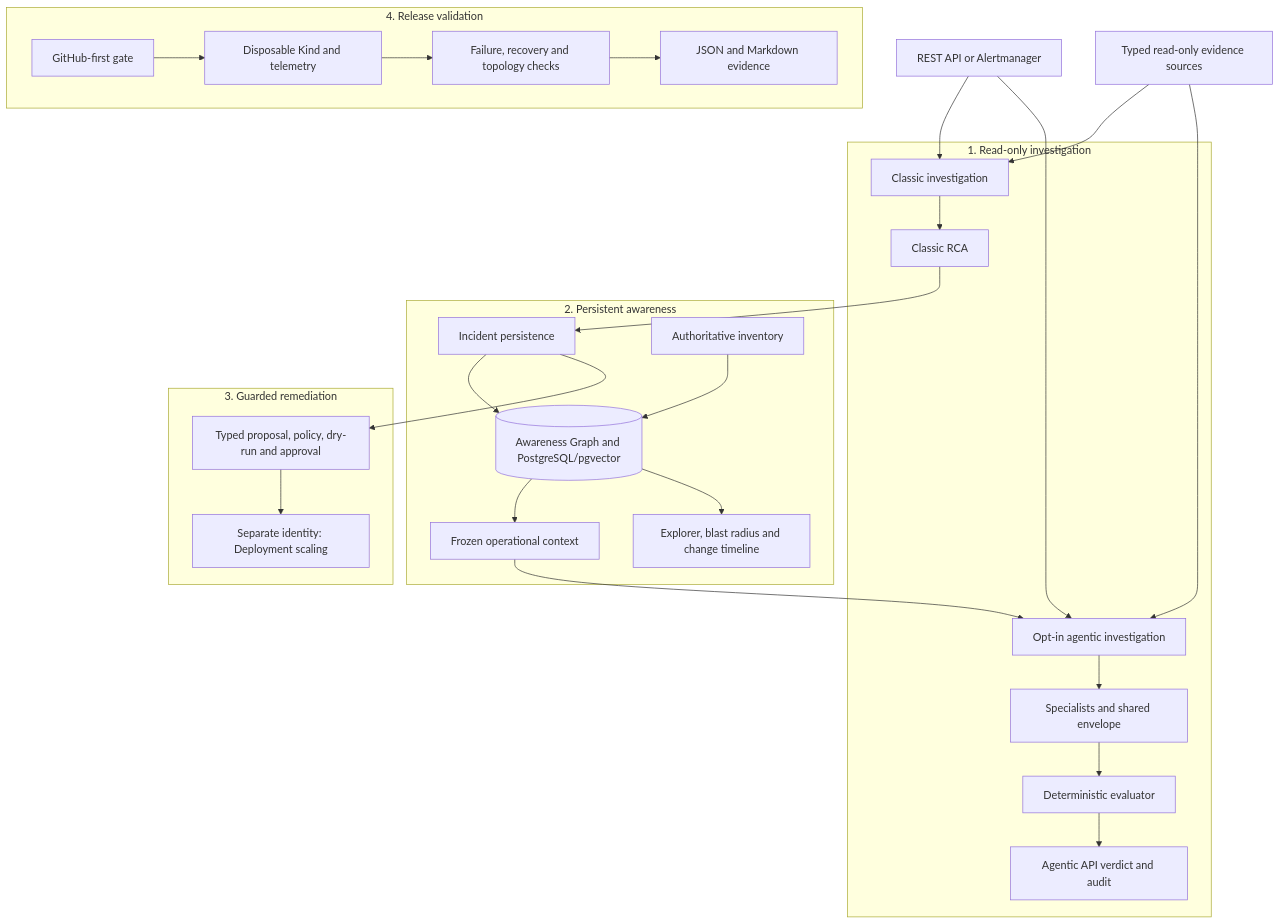
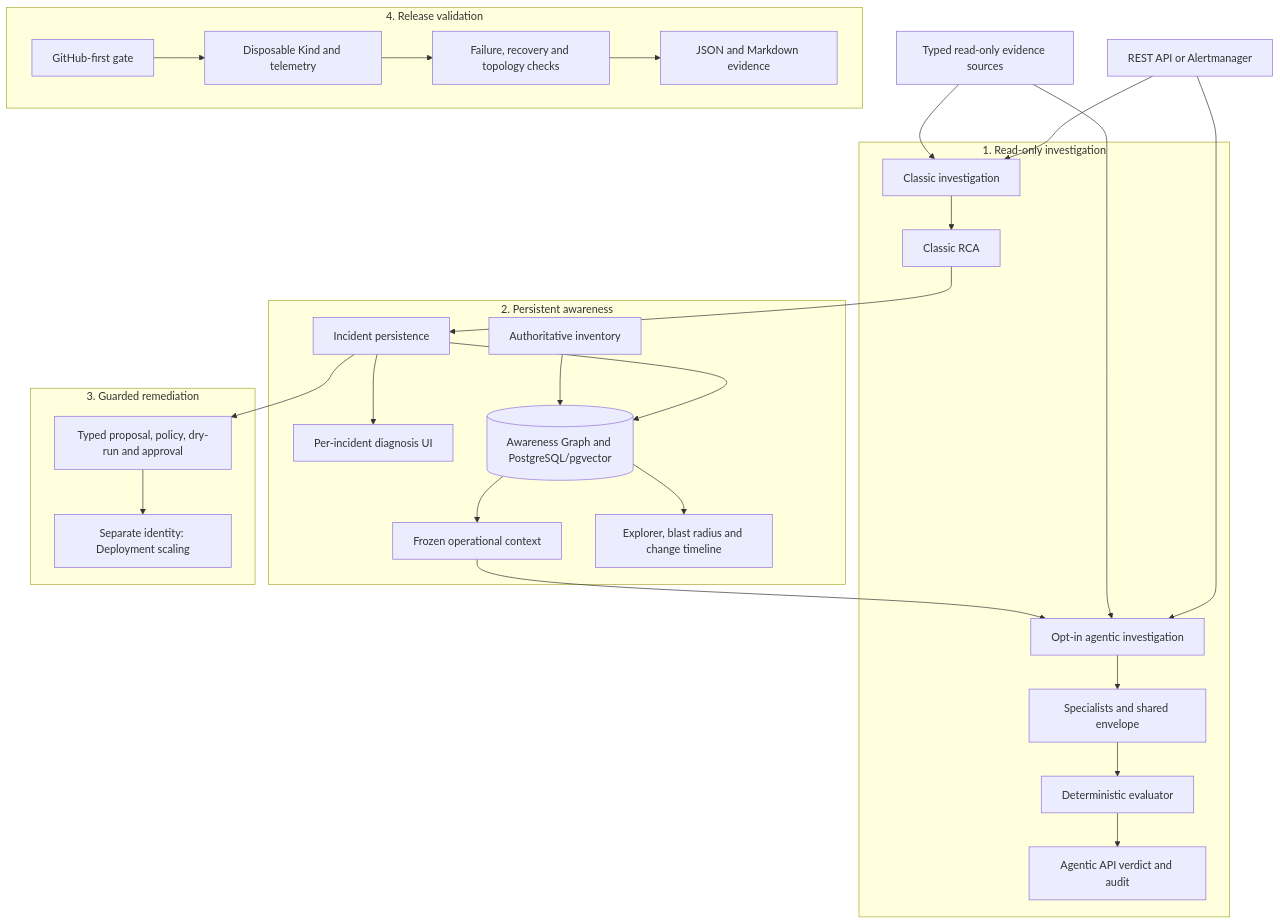
One commit to marcocristofolini/ai-sre-rca changed the first of 28 diagrams in docs/architecture.md. Above: the diagram before and after it, drawn with Mermaid. The commit also changed other lines of this file and 11 other files, not shown here.

Commit message:
feat: add evidence-linked incident diagnosis workspace

````diff
--- a/docs/architecture.md
+++ b/docs/architecture.md
@@ -9,30 +9,31 @@
 ```mermaid
 flowchart TD
     IN["REST API or Alertmanager"] --> CORE["Classic investigation"]
     IN --> PLAN["Opt-in agentic investigation"]
     SRC["Typed read-only evidence sources"] --> CORE
     SRC --> PLAN
     subgraph READ["1. Read-only investigation"]
       CORE --> RCA["Classic RCA"]
       PLAN --> ENV["Specialists and shared envelope"]
       ENV --> EVAL["Deterministic evaluator"]
       EVAL --> AR["Agentic API verdict and audit"]
     end
     subgraph AWARE["2. Persistent awareness"]
       RCA --> STORE["Incident persistence"]
+      STORE --> DIAG["Per-incident diagnosis UI"]
       STORE --> PAG[("Awareness Graph and PostgreSQL/pgvector")]
       INV["Authoritative inventory"] --> PAG
       PAG --> CTX["Frozen operational context"]
       CTX --> PLAN
       PAG --> VIEW["Explorer, blast radius and change timeline"]
     end
     subgraph REM["3. Guarded remediation"]
       STORE --> POLICY["Typed proposal, policy, dry-run and approval"]
       POLICY --> ACT["Separate identity: Deployment scaling"]
     end
     subgraph VAL["4. Release validation"]
       GH["GitHub-first gate"] --> KIND["Disposable Kind and telemetry"]
       KIND --> HAR["Failure, recovery and topology checks"]
       HAR --> REP["JSON and Markdown evidence"]
     end
 ```
````
